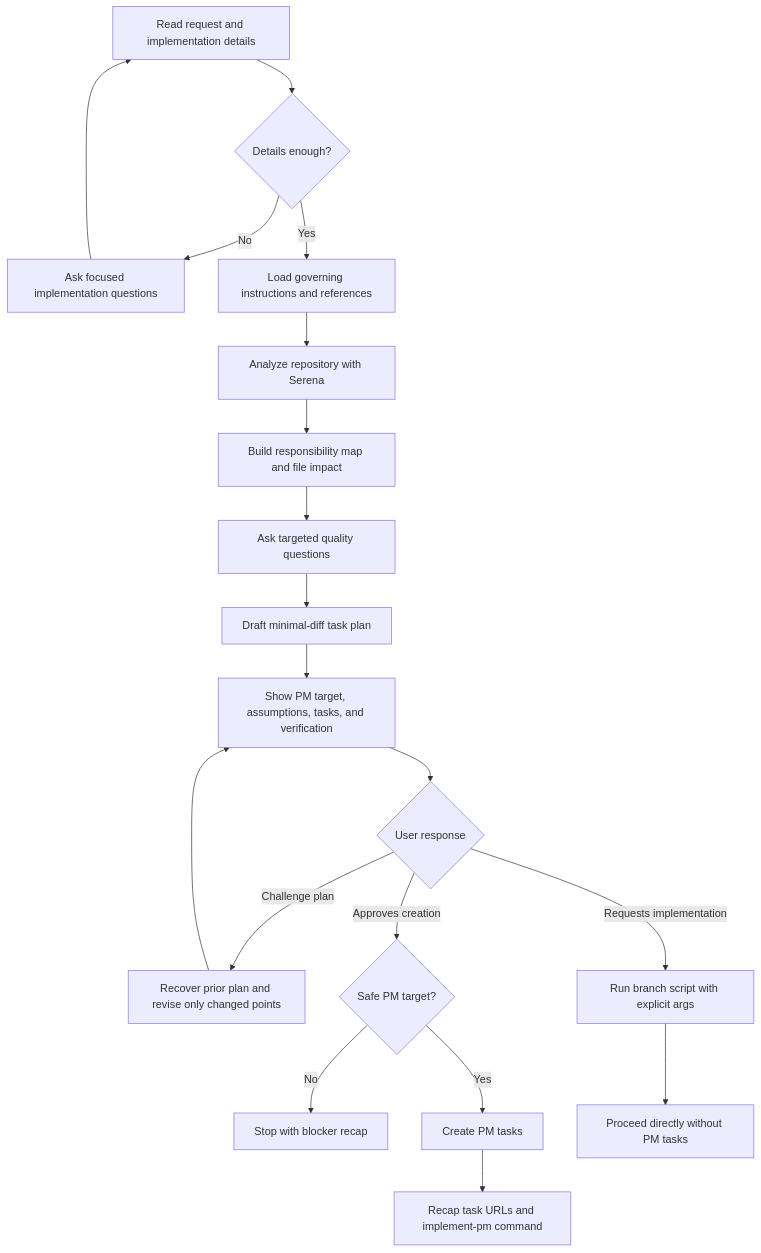
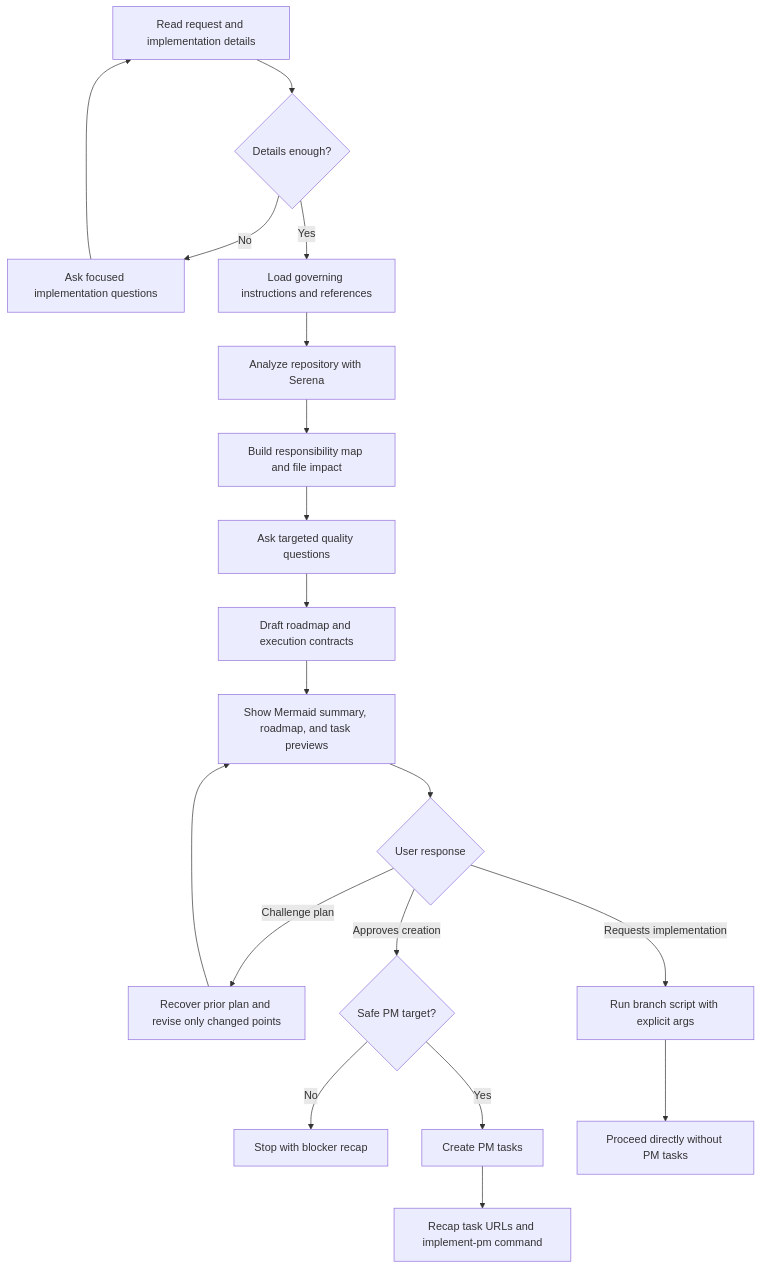
The diagram in skills/feed-pm/SKILL.md (mvagnon/plan-based-agentic-workflow), drawn with Mermaid before and after one commit. The commit also changed other lines of this file and 3 other files, not shown here.

````diff
--- a/skills/feed-pm/SKILL.md
+++ b/skills/feed-pm/SKILL.md
@@ -28,21 +28,21 @@
 ```mermaid
 flowchart TD
   A[Read request and implementation details] --> B{Details enough?}
   B -->|No| C[Ask focused implementation questions]
   C --> A
   B -->|Yes| D[Load governing instructions and references]
   D --> E[Analyze repository with Serena]
   E --> F[Build responsibility map and file impact]
   F --> G[Ask targeted quality questions]
-  G --> H[Draft minimal-diff task plan]
-  H --> I[Show PM target, assumptions, tasks, and verification]
+  G --> H[Draft roadmap and execution contracts]
+  H --> I[Show Mermaid summary, roadmap, and task previews]
   I --> J{User response}
   J -->|Challenge plan| K[Recover prior plan and revise only changed points]
   K --> I
   J -->|Approves creation| L{Safe PM target?}
   L -->|No| M[Stop with blocker recap]
   L -->|Yes| N[Create PM tasks]
   N --> O[Recap task URLs and implement-pm command]
   J -->|Requests implementation| P[Run branch script with explicit args]
   P --> Q[Proceed directly without PM tasks]
 ```
````
